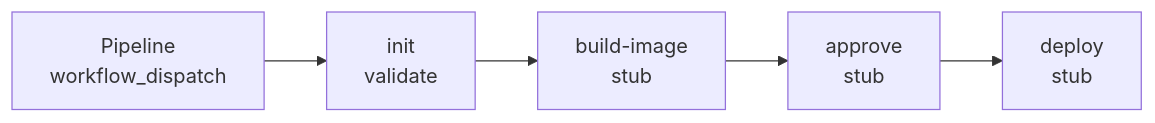
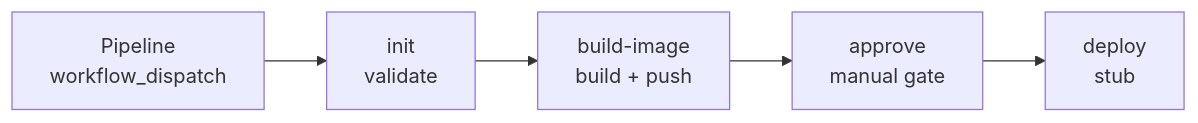
One commit to Attom-AI/attogen-deployment-util changed the diagram in README.md. Above: the diagram before and after it, drawn with Mermaid. The commit also changed other lines of this file, not shown here.

Commit message:
README: build-image and approve are real, not stubs
Both diagram and status table still said "stub" for build-image and
approve after they were implemented -- correct them to match current
behavior (deploy is the only stage still a stub).

````diff
--- a/README.md
+++ b/README.md
@@ -8,7 +8,7 @@
 ```mermaid
 flowchart LR
     A["Pipeline<br/>workflow_dispatch"] --> B["init<br/>validate"]
-    B --> C["build-image<br/>stub"]
-    C --> D["approve<br/>stub"]
+    B --> C["build-image<br/>build + push"]
+    C --> D["approve<br/>manual gate"]
     D --> E["deploy<br/>stub"]
 ```
````
